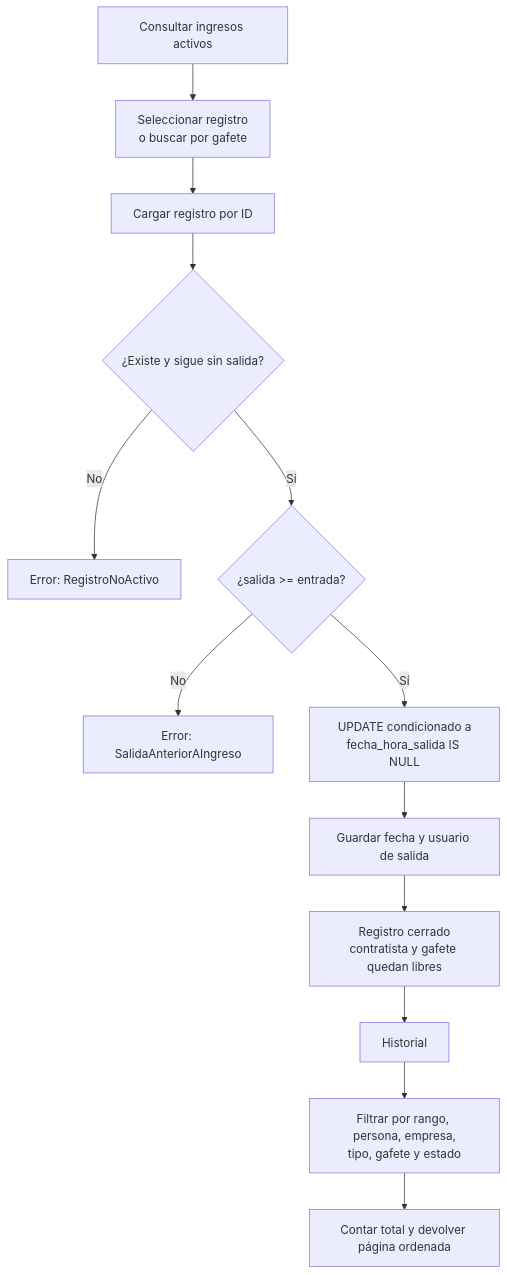
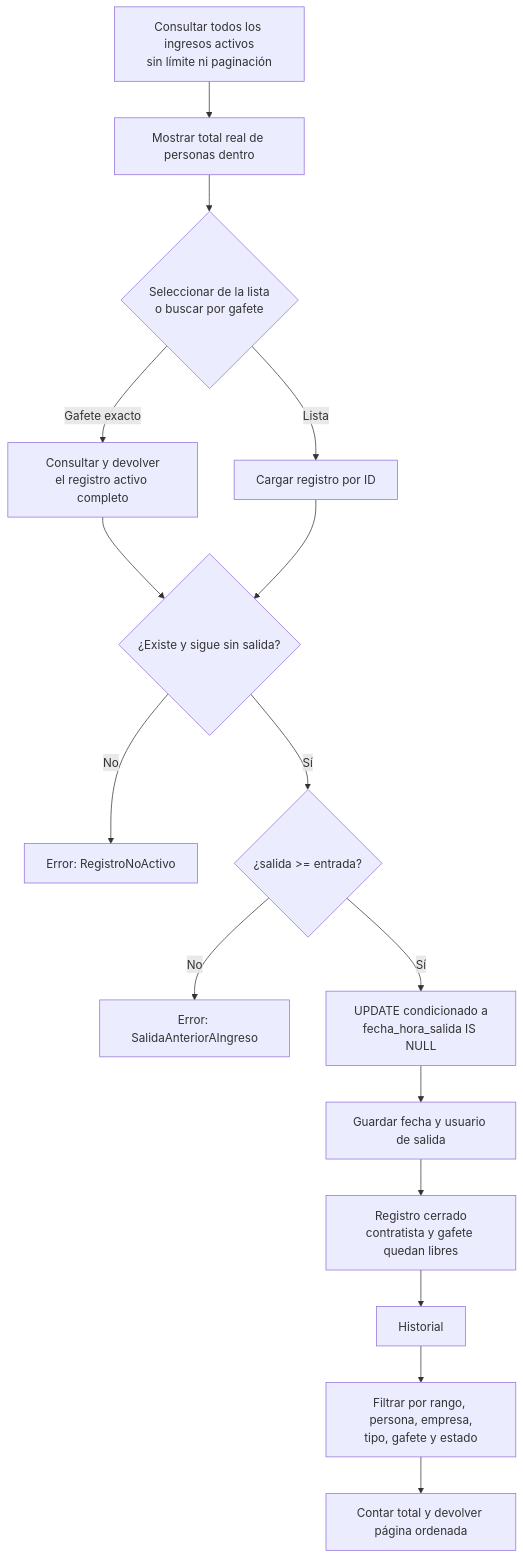
One commit to DQM27/acceso_CLI changed the fourth of 7 diagrams in docs/diagrama-logico.md. Above: the diagram before and after it, drawn with Mermaid. The commit also changed other lines of this file and 10 other files, not shown here.

Commit message:
Completa la vista de ingresos activos

````diff
--- a/docs/diagrama-logico.md
+++ b/docs/diagrama-logico.md
@@ -163,15 +163,18 @@
 ```mermaid
 flowchart TD
-    A["Consultar ingresos activos"] --> B["Seleccionar registro<br/>o buscar por gafete"]
-    B --> C["Cargar registro por ID"]
+    A["Consultar todos los ingresos activos<br/>sin límite ni paginación"] --> T["Mostrar total real de personas dentro"]
+    T --> B{"Seleccionar de la lista<br/>o buscar por gafete"}
+    B -->|Lista| C["Cargar registro por ID"]
+    B -->|Gafete exacto| C2["Consultar y devolver<br/>el registro activo completo"]
+    C2 --> D
     C --> D{"¿Existe y sigue sin salida?"}
     D -->|No| E["Error: RegistroNoActivo"]
     D -->|Sí| F{"¿salida >= entrada?"}
     F -->|No| G["Error: SalidaAnteriorAIngreso"]
     F -->|Sí| H["UPDATE condicionado a<br/>fecha_hora_salida IS NULL"]
     H --> I["Guardar fecha y usuario de salida"]
     I --> J["Registro cerrado<br/>contratista y gafete quedan libres"]
     J --> K["Historial"]
     K --> L["Filtrar por rango, persona, empresa,<br/>tipo, gafete y estado"]
     L --> M["Contar total y devolver página ordenada"]
 ```
````
